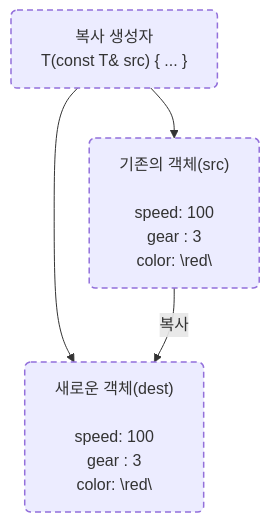
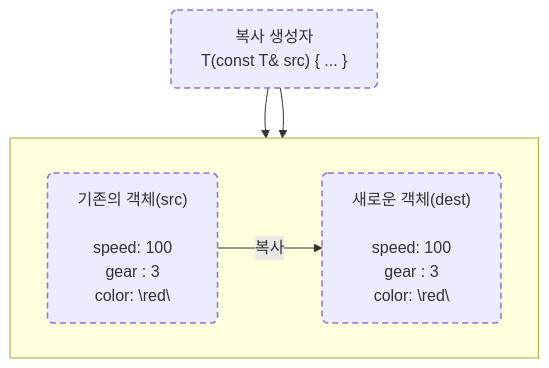
The diagram in 0. C++ 기본과 객체지향 기초/04-copy_constructor_guide.md (xmlbuilder/CPlus_Tutorial), drawn with Mermaid before and after one commit.

````diff
--- a/0. C++ 기본과 객체지향 기초/04-copy_constructor_guide.md
+++ b/0. C++ 기본과 객체지향 기초/04-copy_constructor_guide.md
@@ -36,15 +36,20 @@
 ```mermaid
 flowchart TB
   CC["복사 생성자<br/>T(const T& src) { ... }"]
 
-  SRC["기존의 객체(src)<br/><br/>speed: 100<br/>gear : 3<br/>color: \"red\""]
-  DST["새로운 객체(dest)<br/><br/>speed: 100<br/>gear : 3<br/>color: \"red\""]
+  %% 가로 배치 영역
+  subgraph row[" "]
+    direction LR
+    SRC["기존의 객체(src)<br/><br/>speed: 100<br/>gear : 3<br/>color: \"red\""]
+    DST["새로운 객체(dest)<br/><br/>speed: 100<br/>gear : 3<br/>color: \"red\""]
+  end
 
   CC --> SRC
   CC --> DST
   SRC -->|복사| DST
 
   classDef dashed stroke-dasharray: 6 4, stroke-width:1.5, rx:6, ry:6;
   class CC,SRC,DST dashed;
 
+
 ```
````
